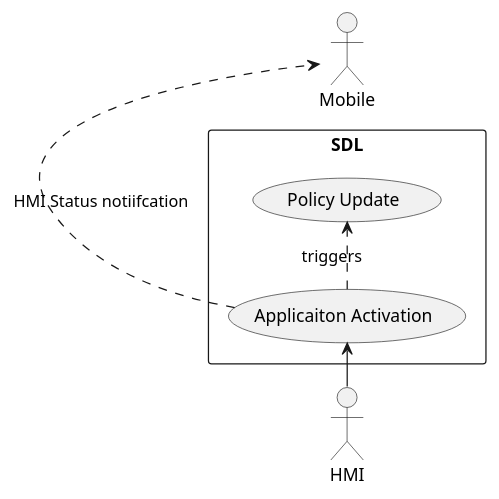
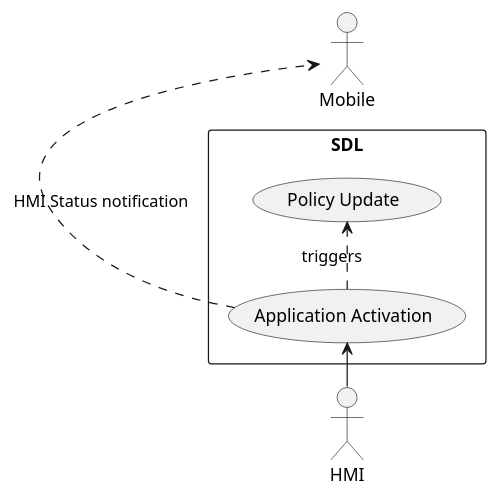
One commit to ovvasyliev/sdl_core changed the diagram in docs/use_cases/assets/application_activation.puml. Above: the diagram before and after it, drawn with PlantUML.

```diff
--- a/docs/use_cases/assets/application_activation.puml
+++ b/docs/use_cases/assets/application_activation.puml
@@ -1,10 +1,10 @@
 @startuml
 left to right direction
 actor Mobile
 actor HMI
 rectangle SDL {
-  HMI -> (Applicaiton Activation)
-  (Applicaiton Activation) .> (Policy Update) : triggers
-  (Applicaiton Activation) .> Mobile : HMI Status notiifcation
+  HMI -> (Application Activation)
+  (Application Activation) .> (Policy Update) : triggers
+  (Application Activation) .> Mobile : HMI Status notification
 }
 @enduml
```
